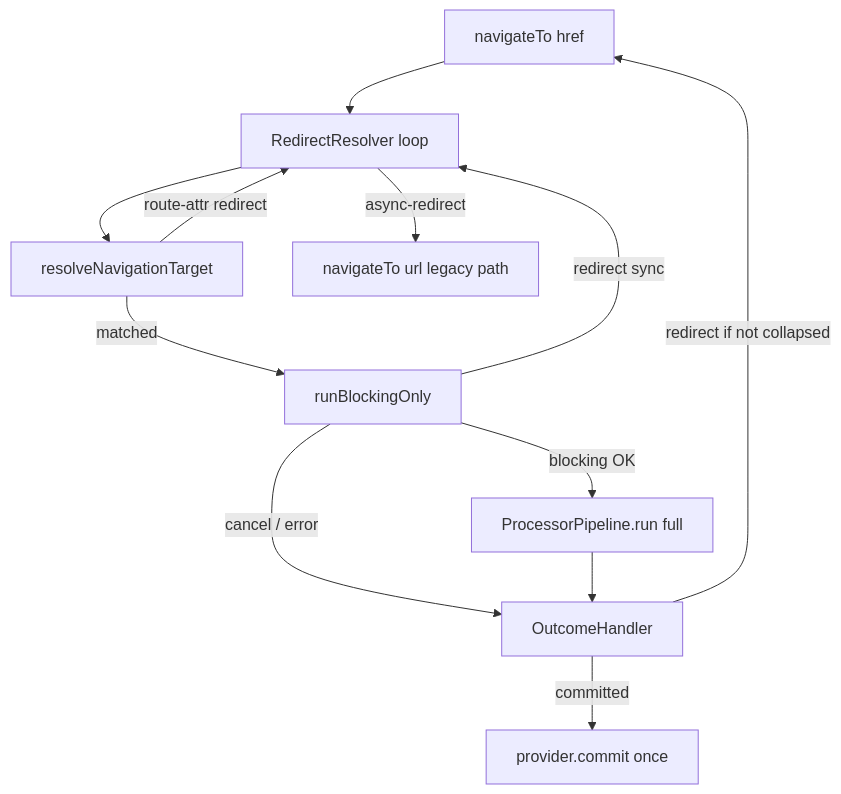
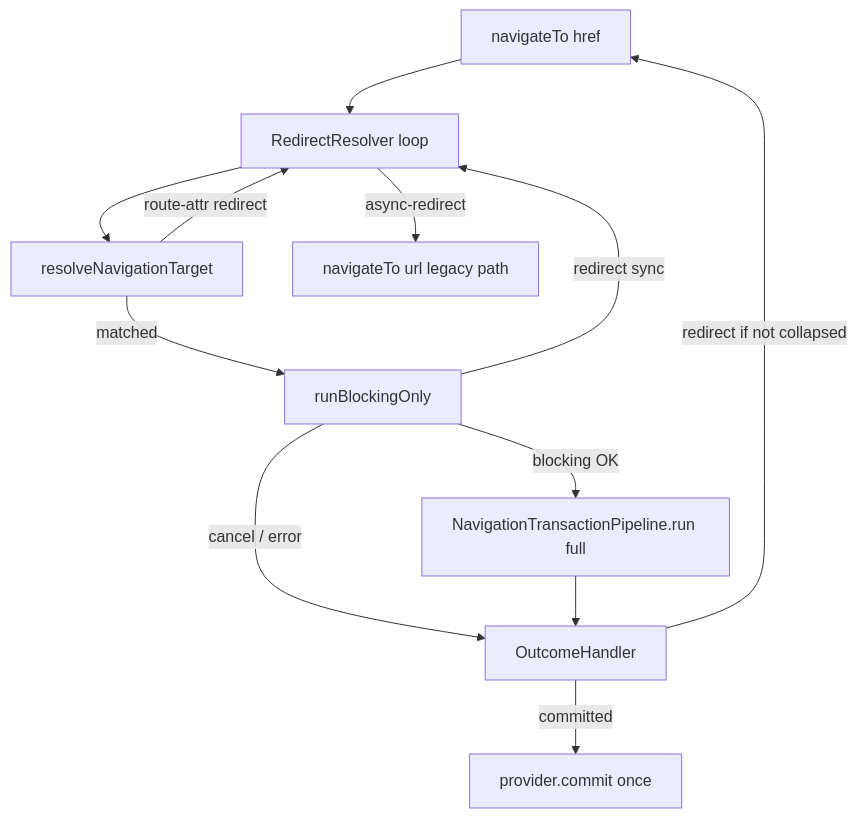
The diagram in docs/todo/REDIRECT_CHAIN_COLLAPSE.md (aura-ui/router), drawn with Mermaid before and after one commit. The commit also changed other lines of this file and 18 other files, not shown here.

````diff
--- a/docs/todo/REDIRECT_CHAIN_COLLAPSE.md
+++ b/docs/todo/REDIRECT_CHAIN_COLLAPSE.md
@@ -355,14 +355,14 @@
 ```mermaid
 flowchart TD
   NT[navigateTo href] --> RS[RedirectResolver loop]
   RS --> M[resolveNavigationTarget]
   M -->|route-attr redirect| RS
   M -->|matched| BO[runBlockingOnly]
   BO -->|redirect sync| RS
   BO -->|cancel / error| FIN[OutcomeHandler]
-  BO -->|blocking OK| FULL[ProcessorPipeline.run full]
+  BO -->|blocking OK| FULL[NavigationTransactionPipeline.run full]
   RS -->|async-redirect| NT2[navigateTo url legacy path]
   FULL --> FIN
   FIN -->|redirect if not collapsed| NT
   FIN -->|committed| COMMIT[provider.commit once]
 ```
````
